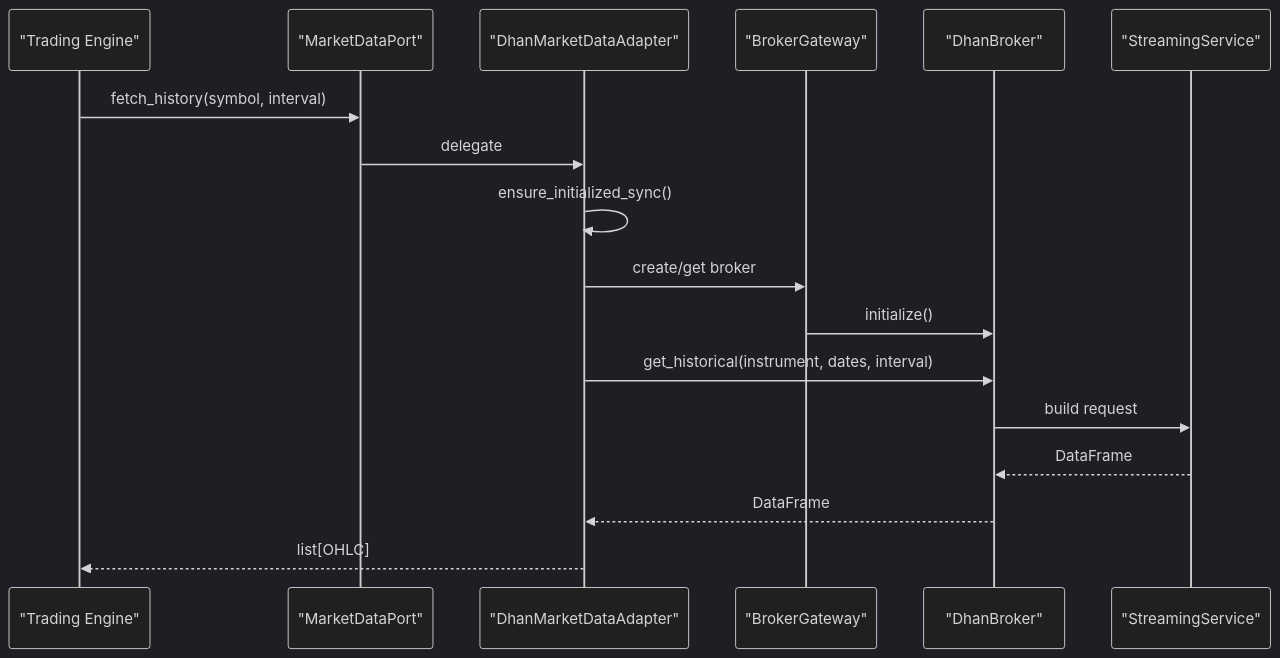
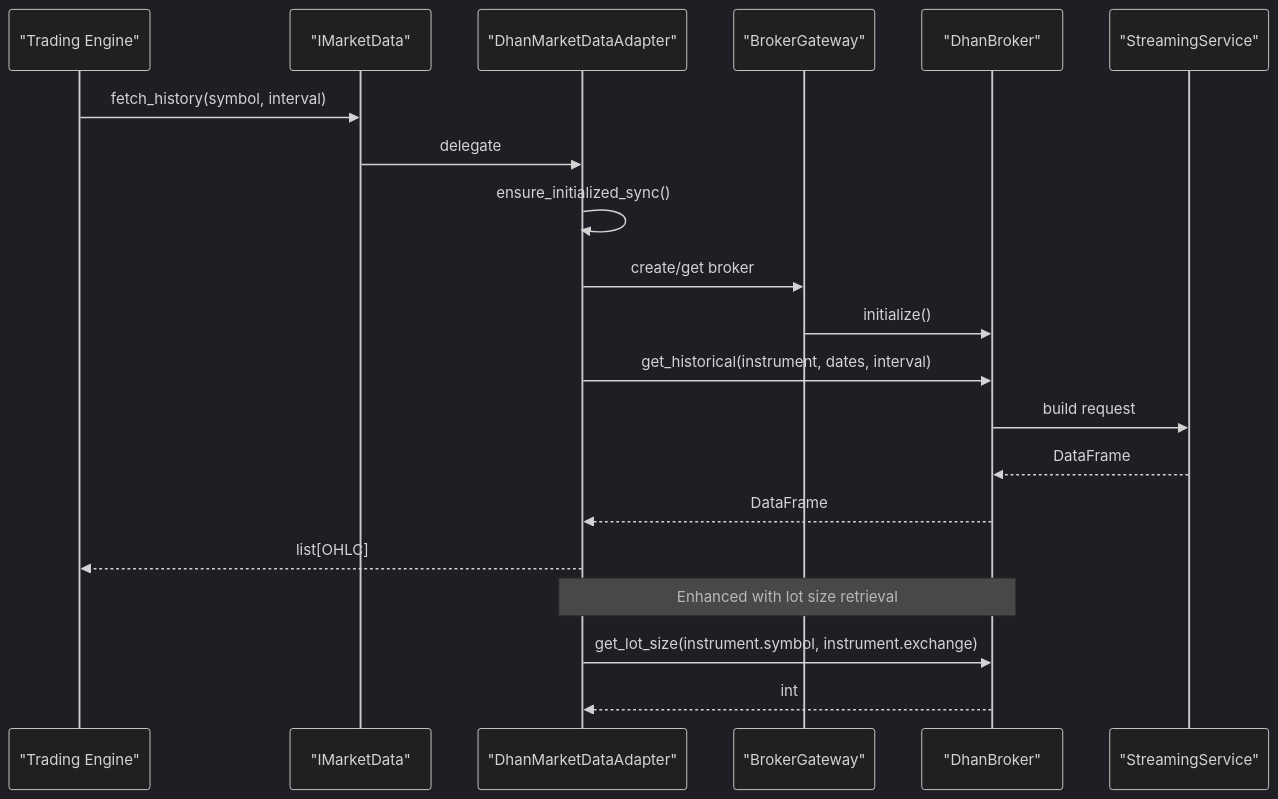
The second of 8 diagrams in .qoder/repowiki/en/content/Backend Application/Infrastructure Adapters/Broker Adapters.md (gemrajkhatry-maker/v5-of-glassytrade-ai), drawn with Mermaid (dark theme) before and after one commit. The commit also changed other lines of this file and 219 other files, not shown here.

First line of the commit message:
refactor: major architecture improvements across backend, backendv2, brokers, and frontend

````diff
--- a/.qoder/repowiki/en/content/Backend Application/Infrastructure Adapters/Broker Adapters.md
+++ b/.qoder/repowiki/en/content/Backend Application/Infrastructure Adapters/Broker Adapters.md
@@ -112,19 +132,22 @@
 ```mermaid
 sequenceDiagram
 participant App as "Trading Engine"
-participant PortMD as "MarketDataPort"
+participant PortMD as "IMarketData"
 participant Adapter as "DhanMarketDataAdapter"
 participant BrokerGW as "BrokerGateway"
 participant Broker as "DhanBroker"
 participant Stream as "StreamingService"
 App->>PortMD : fetch_history(symbol, interval)
 PortMD->>Adapter : delegate
 Adapter->>Adapter : ensure_initialized_sync()
 Adapter->>BrokerGW : create/get broker
 BrokerGW->>Broker : initialize()
 Adapter->>Broker : get_historical(instrument, dates, interval)
 Broker->>Stream : build request
 Stream-->>Broker : DataFrame
 Broker-->>Adapter : DataFrame
 Adapter-->>App : list[OHLC]
+Note over Adapter,Broker : Enhanced with lot size retrieval
+Adapter->>Broker : get_lot_size(instrument.symbol, instrument.exchange)
+Broker-->>Adapter : int
 ```
````
